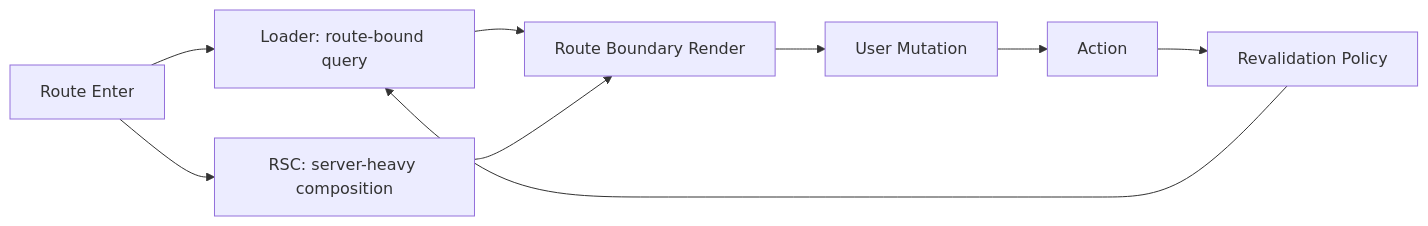
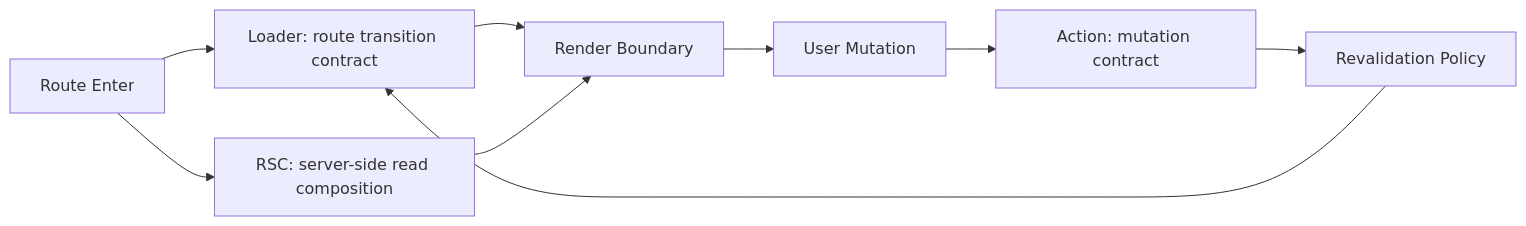
One commit to mje807/dev-blog changed the diagram in content/react/react-router-v7-rsc-03-loader-action-vs-rsc.md. Above: the diagram before and after it, drawn with Mermaid. The commit also changed other lines of this file and 2 other files, not shown here.

````diff
--- a/content/react/react-router-v7-rsc-03-loader-action-vs-rsc.md
+++ b/content/react/react-router-v7-rsc-03-loader-action-vs-rsc.md
@@ -132,11 +136,11 @@
 ```mermaid
 flowchart LR
-A[Route Enter] --> B[Loader: route-bound query]
-A --> C[RSC: server-heavy composition]
-B --> D[Route Boundary Render]
+A[Route Enter] --> B[Loader: route transition contract]
+A --> C[RSC: server-side read composition]
+B --> D[Render Boundary]
 C --> D
 D --> E[User Mutation]
-E --> F[Action]
+E --> F[Action: mutation contract]
 F --> G[Revalidation Policy]
 G --> B
 ```
````
